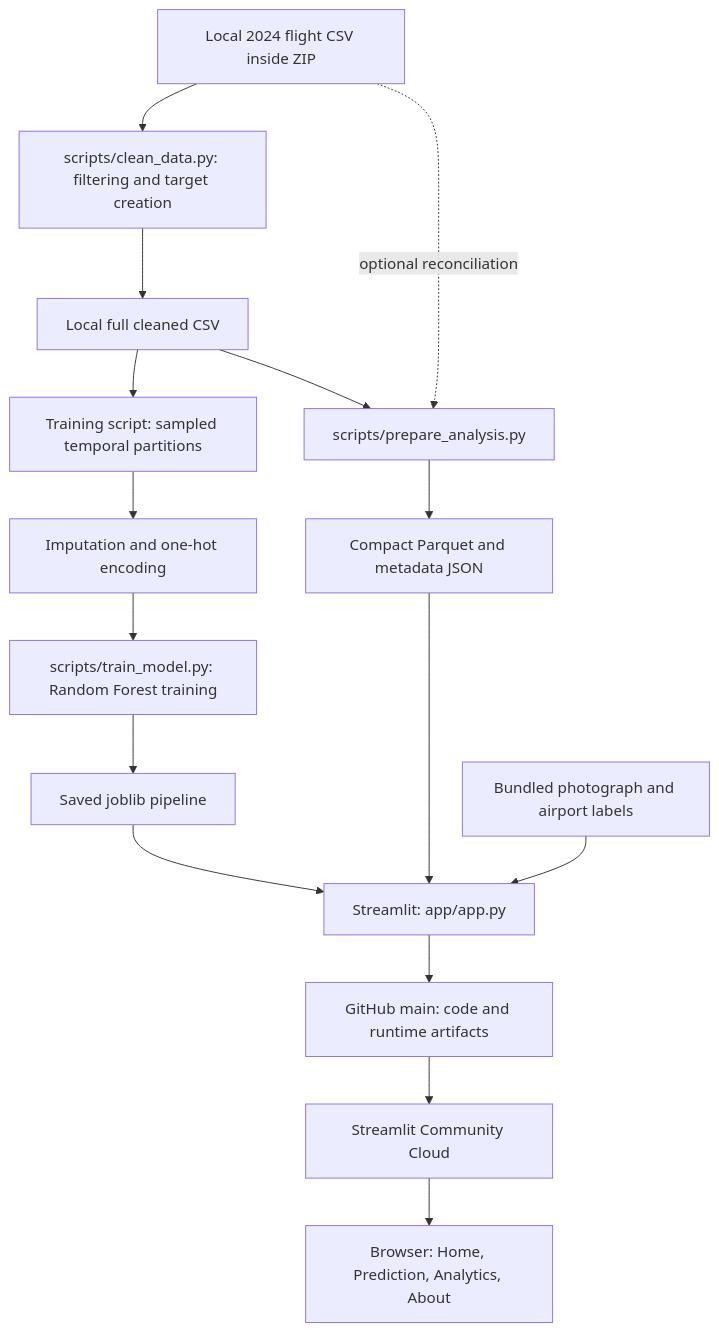
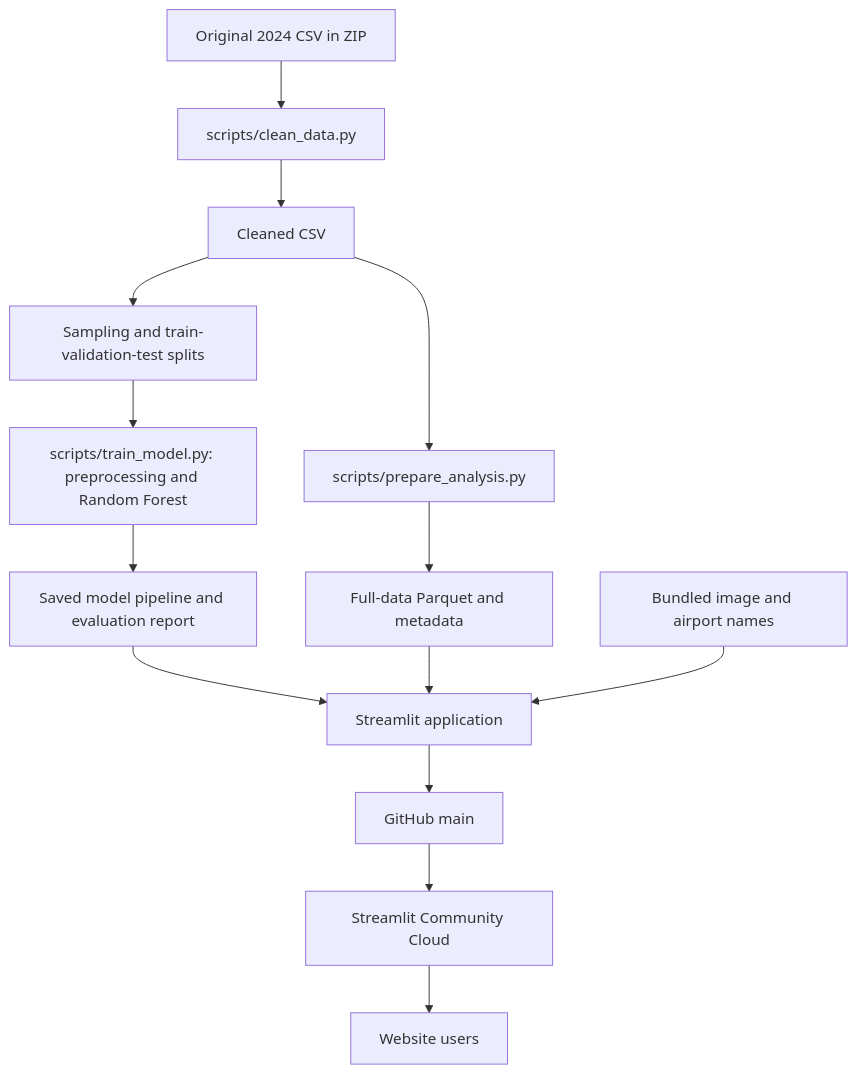
The diagram in README.md (meraahhh/Flight_Delay_Prediction), drawn with Mermaid before and after one commit. The commit also changed other lines of this file, not shown here.

````diff
--- a/README.md
+++ b/README.md
@@ -18,18 +65,16 @@
 ```mermaid
 flowchart TD
-    RAW[Local 2024 flight CSV inside ZIP] --> CLEAN[scripts/clean_data.py: filtering and target creation]
-    CLEAN --> CSV[Local full cleaned CSV]
-    CSV --> SAMPLE[Training script: sampled temporal partitions]
-    SAMPLE --> PREP[Imputation and one-hot encoding]
-    PREP --> TRAIN[scripts/train_model.py: Random Forest training]
-    TRAIN --> MODEL[Saved joblib pipeline]
-    CSV --> BUILD[scripts/prepare_analysis.py]
-    RAW -. optional reconciliation .-> BUILD
-    BUILD --> ANALYSIS[Compact Parquet and metadata JSON]
-    MODEL --> APP[Streamlit: app/app.py]
+    RAW[Original 2024 CSV in ZIP] --> CLEAN[scripts/clean_data.py]
+    CLEAN --> DATA[Cleaned CSV]
+    DATA --> SPLIT[Sampling and train-validation-test splits]
+    SPLIT --> TRAIN[scripts/train_model.py: preprocessing and Random Forest]
+    TRAIN --> MODEL[Saved model pipeline and evaluation report]
+    DATA --> PREP[scripts/prepare_analysis.py]
+    PREP --> ANALYSIS[Full-data Parquet and metadata]
+    MODEL --> APP[Streamlit application]
     ANALYSIS --> APP
-    ASSETS[Bundled photograph and airport labels] --> APP
-    APP --> GIT[GitHub main: code and runtime artifacts]
-    GIT --> CLOUD[Streamlit Community Cloud]
-    CLOUD --> USER[Browser: Home, Prediction, Analytics, About]
+    ASSETS[Bundled image and airport names] --> APP
+    APP --> GITHUB[GitHub main]
+    GITHUB --> CLOUD[Streamlit Community Cloud]
+    CLOUD --> USER[Website users]
 ```
````
